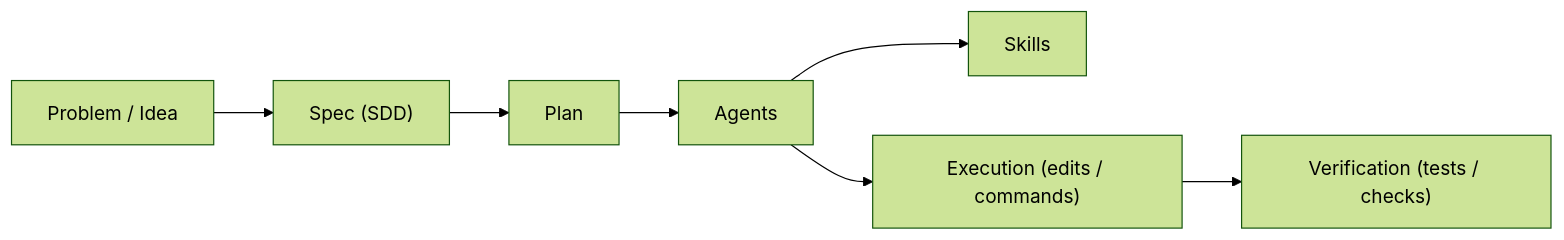
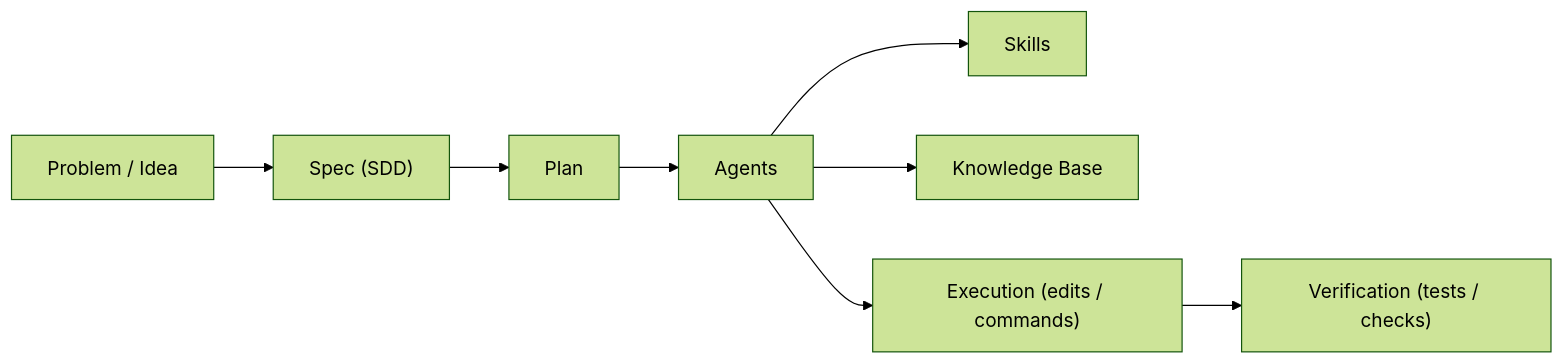
The diagram in README.md (JiKl-coding/jikl-copilot), drawn with Mermaid (forest theme) before and after one commit. The commit also changed other lines of this file and 5 other files, not shown here.

Commit message:
knowledge base added to agents and git-script

````diff
--- a/README.md
+++ b/README.md
@@ -34,9 +34,10 @@
 ```mermaid
 flowchart LR
 	A["Problem / Idea"] --> B["Spec (SDD)"]
 	B --> C["Plan"]
 	C --> D["Agents"]
 	D --> E["Skills"]
+	D --> H["Knowledge Base"]
 	D --> F["Execution (edits / commands)"]
 	F --> G["Verification (tests / checks)"]
 ```
````
